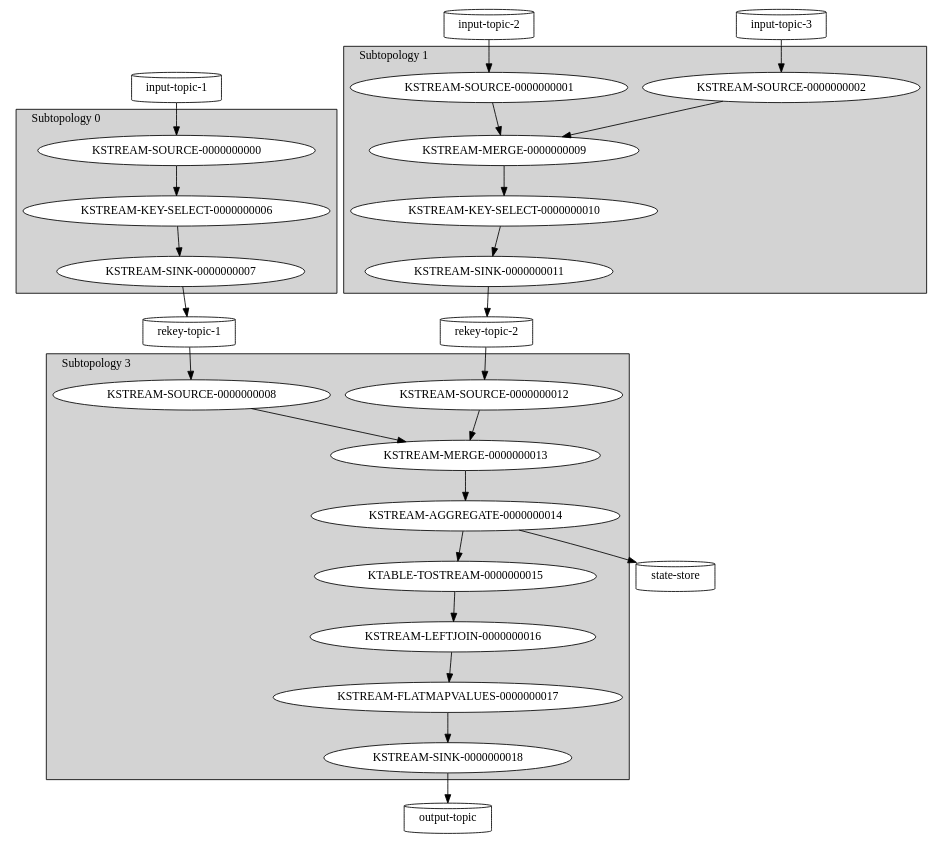
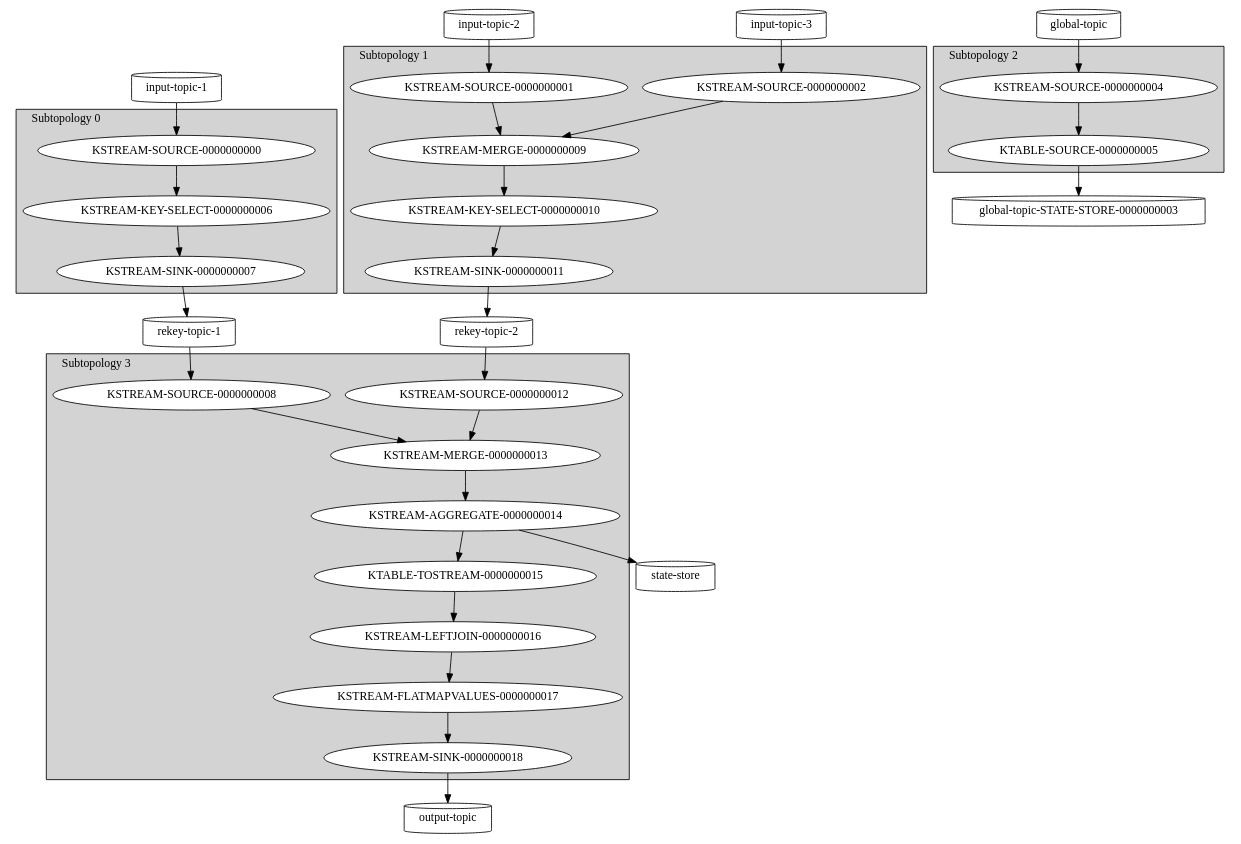
Before and after one commit to CasperKoning/kafka-streams-graphviz: the diagram in examples/ex1.dot, drawn with Graphviz. The commit also changed 5 other files, not shown here.

Commit message:
Implement graph for global state stores

```diff
--- a/examples/ex1.dot
+++ b/examples/ex1.dot
@@ -1,43 +1,52 @@
 digraph "kafka-streams-topology" {
 "input-topic-1" ["shape"="cylinder"]
 "input-topic-2" ["shape"="cylinder"]
 "input-topic-3" ["shape"="cylinder"]
 "rekey-topic-1" ["shape"="cylinder"]
 "rekey-topic-2" ["shape"="cylinder"]
 "output-topic" ["shape"="cylinder"]
 "state-store" ["shape"="cylinder"]
+"global-topic" ["shape"="cylinder"]
+"global-topic-STATE-STORE-0000000003" ["shape"="cylinder"]
 subgraph "cluster_topology_0" {
 graph ["style"="filled","label"="Subtopology 0","labeljust"="l"]
 node ["style"="filled","fillcolor"="white"]
 "KSTREAM-SOURCE-0000000000" -> "KSTREAM-KEY-SELECT-0000000006" ["arrowhead"="normal"]
 "KSTREAM-KEY-SELECT-0000000006" -> "KSTREAM-SINK-0000000007" ["arrowhead"="normal"]
 }
 subgraph "cluster_topology_1" {
 graph ["style"="filled","label"="Subtopology 1","labeljust"="l"]
 node ["style"="filled","fillcolor"="white"]
 "KSTREAM-SOURCE-0000000001" -> "KSTREAM-MERGE-0000000009" ["arrowhead"="normal"]
 "KSTREAM-MERGE-0000000009" -> "KSTREAM-KEY-SELECT-0000000010" ["arrowhead"="normal"]
 "KSTREAM-SOURCE-0000000002" -> "KSTREAM-MERGE-0000000009" ["arrowhead"="normal"]
 "KSTREAM-KEY-SELECT-0000000010" -> "KSTREAM-SINK-0000000011" ["arrowhead"="normal"]
 }
 subgraph "cluster_topology_3" {
 graph ["style"="filled","label"="Subtopology 3","labeljust"="l"]
 node ["style"="filled","fillcolor"="white"]
 "KSTREAM-SOURCE-0000000008" -> "KSTREAM-MERGE-0000000013" ["arrowhead"="normal"]
 "KSTREAM-MERGE-0000000013" -> "KSTREAM-AGGREGATE-0000000014" ["arrowhead"="normal"]
 "KSTREAM-SOURCE-0000000012" -> "KSTREAM-MERGE-0000000013" ["arrowhead"="normal"]
 "KSTREAM-AGGREGATE-0000000014" -> "KTABLE-TOSTREAM-0000000015" ["arrowhead"="normal"]
 "KTABLE-TOSTREAM-0000000015" -> "KSTREAM-LEFTJOIN-0000000016" ["arrowhead"="normal"]
 "KSTREAM-LEFTJOIN-0000000016" -> "KSTREAM-FLATMAPVALUES-0000000017" ["arrowhead"="normal"]
 "KSTREAM-FLATMAPVALUES-0000000017" -> "KSTREAM-SINK-0000000018" ["arrowhead"="normal"]
 }
+subgraph "cluster_topology_2" {
+graph ["style"="filled","label"="Subtopology 2","labeljust"="l"]
+node ["style"="filled","fillcolor"="white"]
+"KSTREAM-SOURCE-0000000004" -> "KTABLE-SOURCE-0000000005" ["arrowhead"="normal"]
+}
 "input-topic-1" -> "KSTREAM-SOURCE-0000000000" ["arrowhead"="normal"]
 "input-topic-2" -> "KSTREAM-SOURCE-0000000001" ["arrowhead"="normal"]
 "input-topic-3" -> "KSTREAM-SOURCE-0000000002" ["arrowhead"="normal"]
 "rekey-topic-1" -> "KSTREAM-SOURCE-0000000008" ["arrowhead"="normal"]
 "rekey-topic-2" -> "KSTREAM-SOURCE-0000000012" ["arrowhead"="normal"]
 "KSTREAM-SINK-0000000007" -> "rekey-topic-1" ["arrowhead"="normal"]
 "KSTREAM-SINK-0000000011" -> "rekey-topic-2" ["arrowhead"="normal"]
 "KSTREAM-SINK-0000000018" -> "output-topic" ["arrowhead"="normal"]
 "KSTREAM-AGGREGATE-0000000014" -> "state-store" ["arrowhead"="normal"]
+"global-topic" -> "KSTREAM-SOURCE-0000000004" ["arrowhead"="normal"]
+"KTABLE-SOURCE-0000000005" -> "global-topic-STATE-STORE-0000000003" ["arrowhead"="normal"]
 }
```
